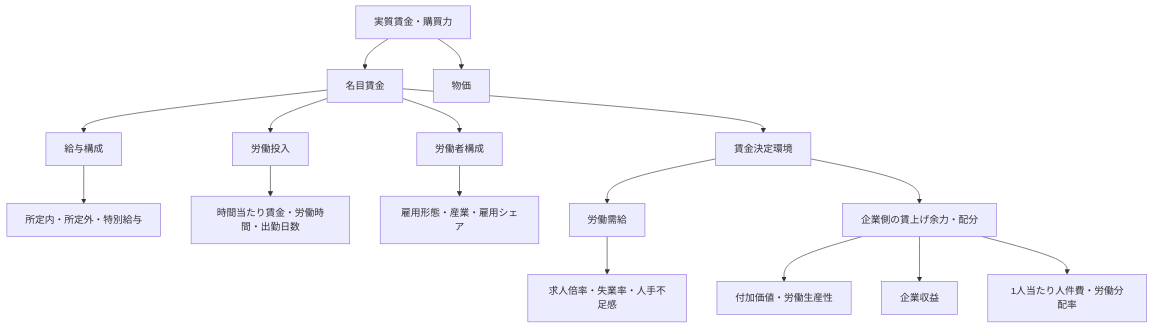
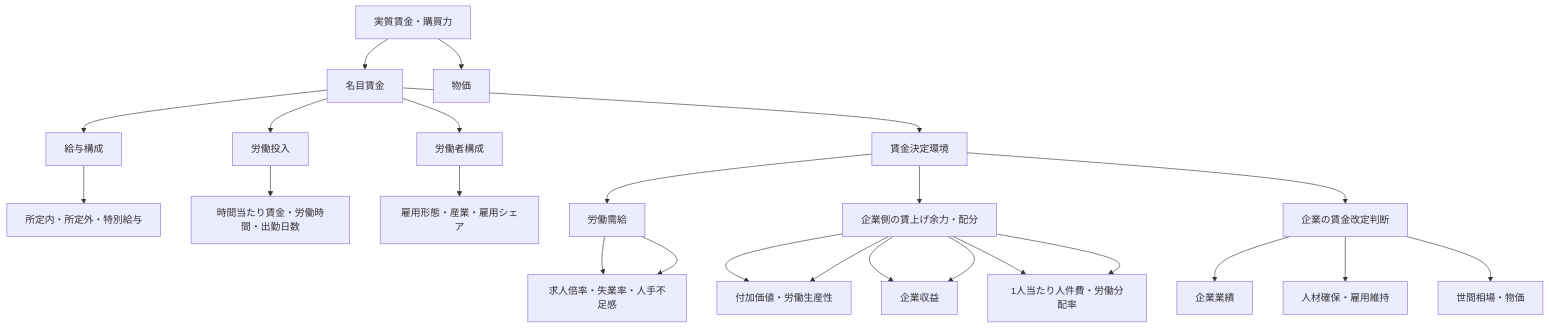
Before and after one commit to rin-sato-tech/real_wage_dashboard: the diagram in docs/analysis/00_overview.md, drawn with Mermaid. The commit also changed other lines of this file and 2 other files, not shown here.

````diff
--- a/docs/analysis/00_overview.md
+++ b/docs/analysis/00_overview.md
@@ -67,25 +78,36 @@
 ```mermaid
 flowchart TD
     A[実質賃金・購買力] --> B[名目賃金]
     A --> C[物価]
 
     B --> D[給与構成]
     B --> E[労働投入]
     B --> F[労働者構成]
     B --> G[賃金決定環境]
 
     D --> D1[所定内・所定外・特別給与]
 
     E --> E1[時間当たり賃金・労働時間・出勤日数]
 
     F --> F1[雇用形態・産業・雇用シェア]
 
     G --> G1[労働需給]
     G --> G2[企業側の賃上げ余力・配分]
+    G --> G3[企業の賃金改定判断]
+
+    G1 --> G11[求人倍率・失業率・人手不足感]
+
+    G2 --> G21[付加価値・労働生産性]
+    G2 --> G22[企業収益]
+    G2 --> G23[1人当たり人件費・労働分配率]
+
+    G3 --> G31[企業業績]
+    G3 --> G32[人材確保・雇用維持]
+    G3 --> G33[世間相場・物価]
 
     G1 --> G11[求人倍率・失業率・人手不足感]
 
     G2 --> G21[付加価値・労働生産性]
     G2 --> G22[企業収益]
     G2 --> G23[1人当たり人件費・労働分配率]
 ```
````
